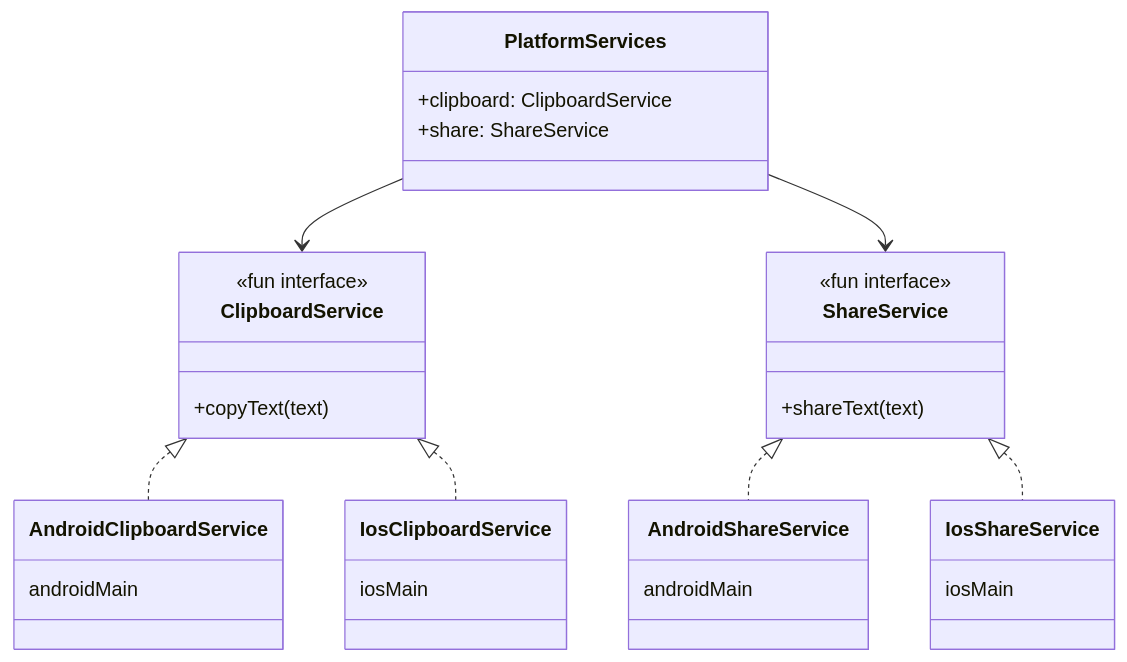
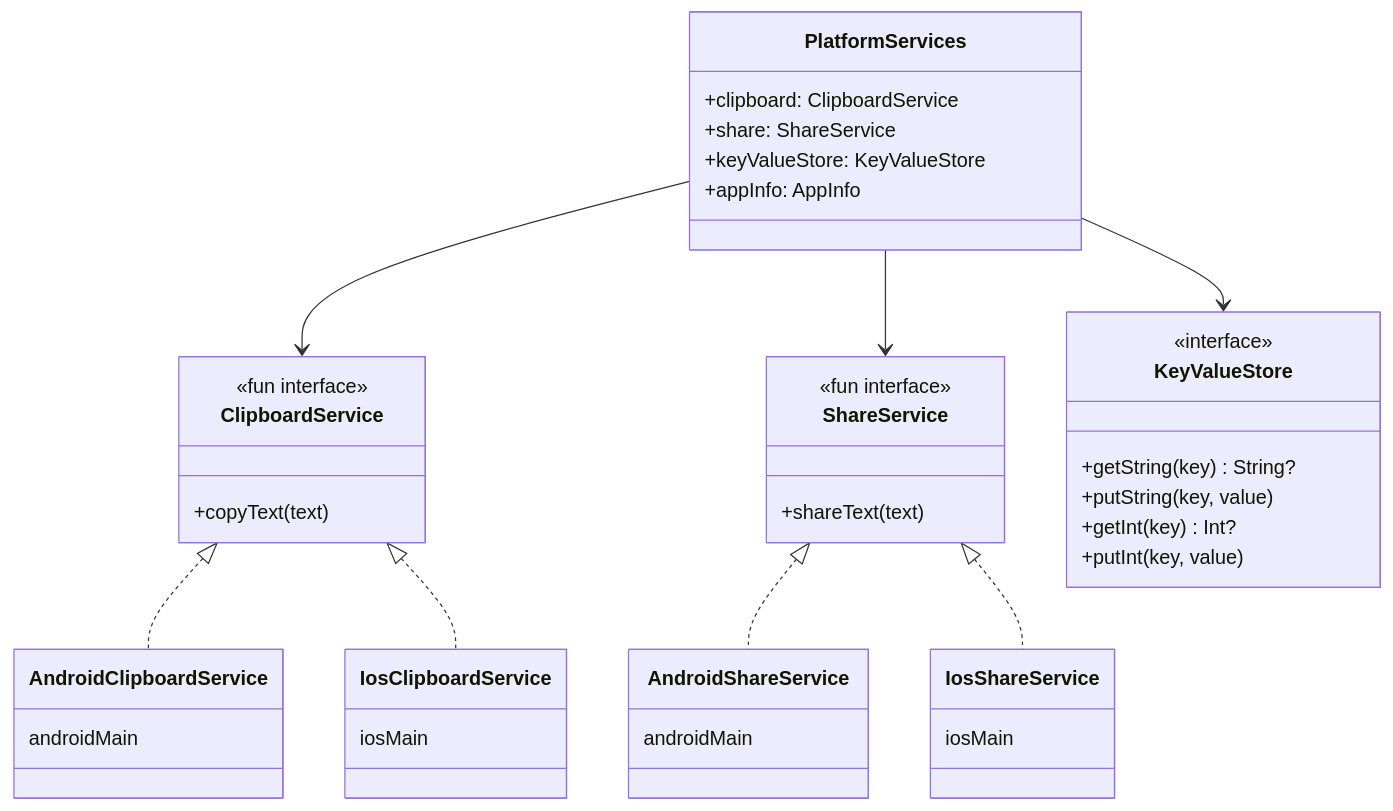
One commit to chankruze/morsekit changed the first of 3 diagrams in docs/05-platform-services.md. Above: the diagram before and after it, drawn with Mermaid. The commit also changed other lines of this file and 6 other files, not shown here.

First line of the commit message:
docs: document settings architecture and update roadmap

````diff
--- a/docs/05-platform-services.md
+++ b/docs/05-platform-services.md
@@ -12,34 +12,44 @@
 ```mermaid
 classDiagram
     direction TB
     class ClipboardService {
         <<fun interface>>
         +copyText(text)
     }
     class ShareService {
         <<fun interface>>
         +shareText(text)
     }
+    class KeyValueStore {
+        <<interface>>
+        +getString(key) String?
+        +putString(key, value)
+        +getInt(key) Int?
+        +putInt(key, value)
+    }
     class PlatformServices {
         +clipboard: ClipboardService
         +share: ShareService
+        +keyValueStore: KeyValueStore
+        +appInfo: AppInfo
     }
     class AndroidClipboardService {
         androidMain
     }
     class AndroidShareService {
         androidMain
     }
     class IosClipboardService {
         iosMain
     }
     class IosShareService {
         iosMain
     }
     PlatformServices --> ClipboardService
     PlatformServices --> ShareService
+    PlatformServices --> KeyValueStore
     ClipboardService <|.. AndroidClipboardService
     ShareService <|.. AndroidShareService
     ClipboardService <|.. IosClipboardService
     ShareService <|.. IosShareService
 ```
````
